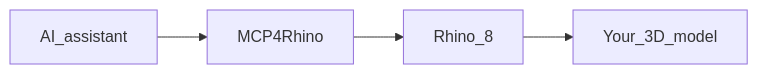
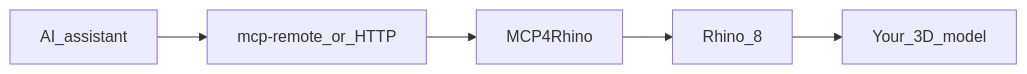
One commit to isque03/mcp4rhinodocs changed the diagram in index.mdx. Above: the diagram before and after it, drawn with Mermaid. The commit also changed other lines of this file and 17 other files, not shown here.

First line of the commit message:
docs: generate MCP4Rhino Mintlify documentation (Diataxis)

````diff
--- a/index.mdx
+++ b/index.mdx
@@ -34,8 +33,9 @@
 ```mermaid
 flowchart LR
   ai[AI_assistant]
+  bridge[mcp-remote_or_HTTP]
   plugin[MCP4Rhino]
   rhino[Rhino_8]
   model[Your_3D_model]
-  ai --> plugin --> rhino --> model
+  ai --> bridge --> plugin --> rhino --> model
 ```
````
